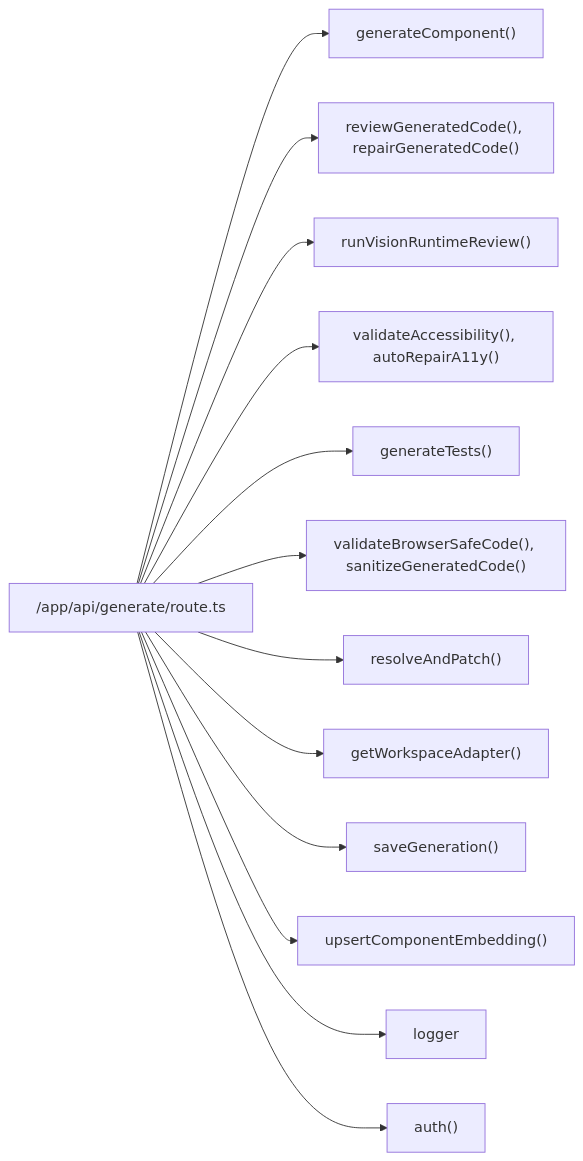
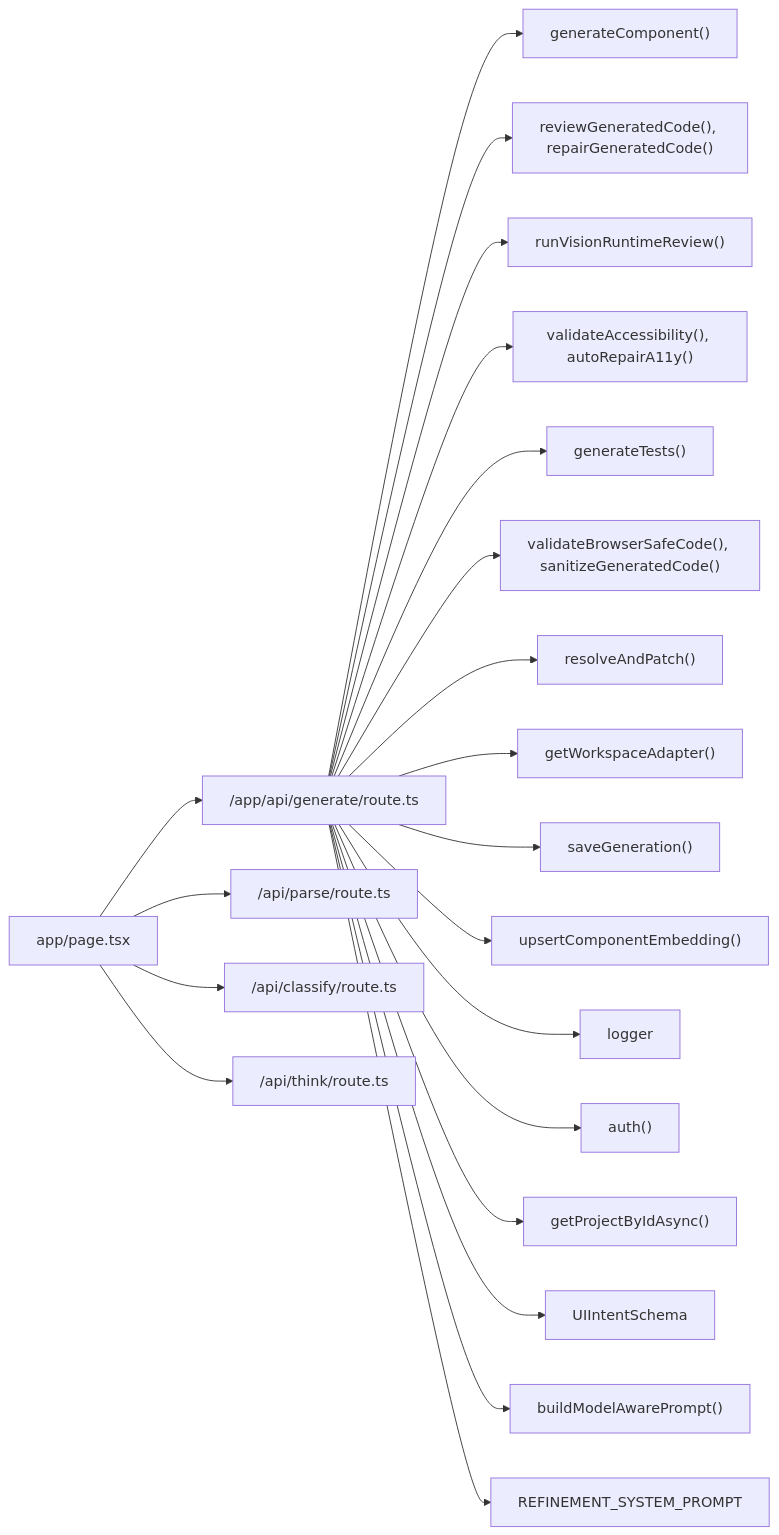
Before and after one commit to shekhargiri005-dotcom/AI-powered-accessibility-first-UI-engine: the fourth of 4 diagrams in .qoder/repowiki/en/content/AI Generation Engine/Core Generation Pipeline/Core Generation Pipeline.md, drawn with Mermaid. The commit also changed other lines of this file and 71 other files, not shown here.

````diff
--- a/.qoder/repowiki/en/content/AI Generation Engine/Core Generation Pipeline/Core Generation Pipeline.md
+++ b/.qoder/repowiki/en/content/AI Generation Engine/Core Generation Pipeline/Core Generation Pipeline.md
@@ -248,15 +317,23 @@
 ```mermaid
 graph LR
 Route["/app/api/generate/route.ts"] --> GenComp["generateComponent()"]
 Route --> Review["reviewGeneratedCode(), repairGeneratedCode()"]
 Route --> Vision["runVisionRuntimeReview()"]
 Route --> A11y["validateAccessibility(), autoRepairA11y()"]
 Route --> Tests["generateTests()"]
 Route --> Security["validateBrowserSafeCode(), sanitizeGeneratedCode()"]
 Route --> DepRes["resolveAndPatch()"]
 Route --> Adapter["getWorkspaceAdapter()"]
 Route --> Memory["saveGeneration()"]
 Route --> Embed["upsertComponentEmbedding()"]
 Route --> Logger["logger"]
 Route --> Auth["auth()"]
+Route --> RefContext["getProjectByIdAsync()"]
+Route --> Schema["UIIntentSchema"]
+Route --> Prompt["buildModelAwarePrompt()"]
+Route --> RefPrompt["REFINEMENT_SYSTEM_PROMPT"]
+Page["app/page.tsx"] --> Route
+Page --> Parse["/api/parse/route.ts"]
+Page --> Classify["/api/classify/route.ts"]
+Page --> Think["/api/think/route.ts"]
 ```
````
